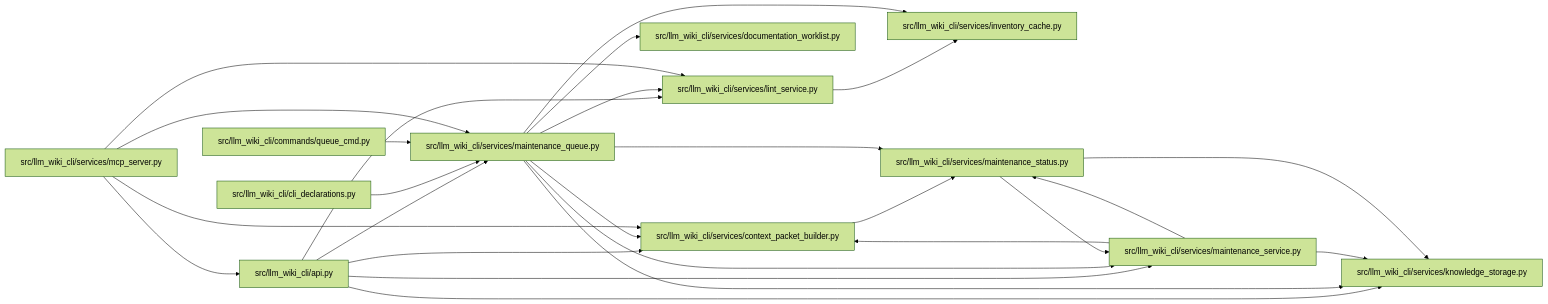
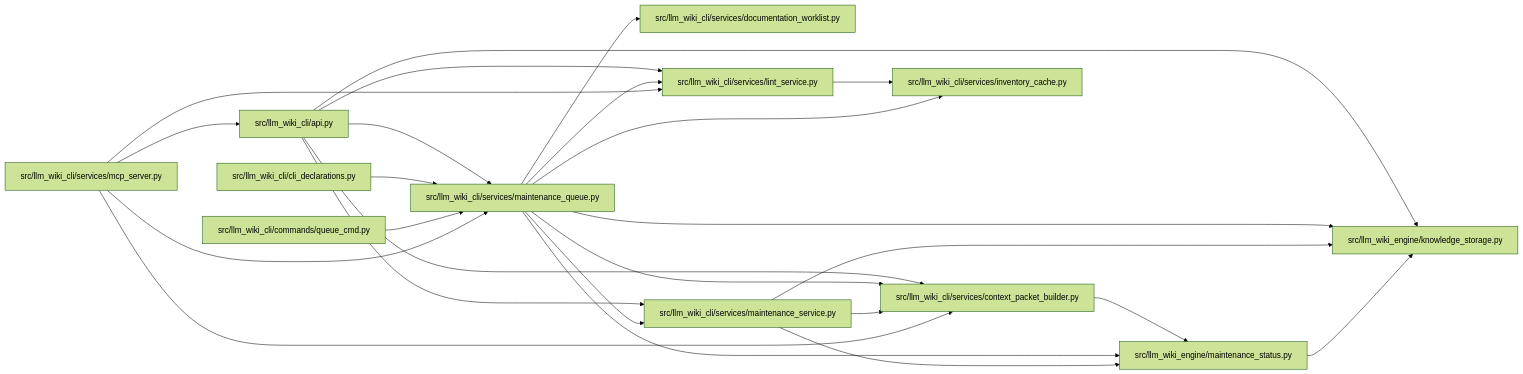
The diagram in docs/llm_wiki/modules/maintenance_queue.md (Denissvgn/python-wiki-llm), drawn with Mermaid (forest theme) before and after one commit. The commit also changed other lines of this file and 1058 other files, not shown here.

First line of the commit message:
docs: refresh the wiki for the knowledge store move

````diff
--- a/docs/llm_wiki/modules/maintenance_queue.md
+++ b/docs/llm_wiki/modules/maintenance_queue.md
@@ -42,52 +42,51 @@
 ```mermaid
 flowchart LR
     n0["src/llm_wiki_cli/api.py"]
     n1["src/llm_wiki_cli/cli_declarations.py"]
     n2["src/llm_wiki_cli/commands/queue_cmd.py"]
     n3["src/llm_wiki_cli/services/context_packet_builder.py"]
     n4["src/llm_wiki_cli/services/documentation_worklist.py"]
     n5["src/llm_wiki_cli/services/inventory_cache.py"]
-    n6["src/llm_wiki_cli/services/knowledge_storage.py"]
-    n7["src/llm_wiki_cli/services/lint_service.py"]
-    n8["src/llm_wiki_cli/services/maintenance_queue.py"]
-    n9["src/llm_wiki_cli/services/maintenance_service.py"]
-    n10["src/llm_wiki_cli/services/maintenance_status.py"]
-    n11["src/llm_wiki_cli/services/mcp_server.py"]
+    n6["src/llm_wiki_cli/services/lint_service.py"]
+    n7["src/llm_wiki_cli/services/maintenance_queue.py"]
+    n8["src/llm_wiki_cli/services/maintenance_service.py"]
+    n9["src/llm_wiki_cli/services/mcp_server.py"]
+    n10["src/llm_wiki_engine/knowledge_storage.py"]
+    n11["src/llm_wiki_engine/maintenance_status.py"]
     n0 --> n3
     n0 --> n6
     n0 --> n7
     n0 --> n8
-    n0 --> n9
-    n1 --> n8
-    n2 --> n8
-    n3 --> n10
+    n0 --> n10
+    n1 --> n7
+    n2 --> n7
+    n3 --> n11
+    n6 --> n5
+    n7 --> n3
+    n7 --> n4
     n7 --> n5
+    n7 --> n6
+    n7 --> n8
+    n7 --> n10
+    n7 --> n11
     n8 --> n3
-    n8 --> n4
-    n8 --> n5
-    n8 --> n6
-    n8 --> n7
-    n8 --> n9
     n8 --> n10
+    n8 --> n11
+    n9 --> n0
     n9 --> n3
     n9 --> n6
-    n9 --> n10
-    n10 --> n6
-    n10 --> n9
-    n11 --> n0
-    n11 --> n3
-    n11 --> n7
-    n11 --> n8
+    n9 --> n7
+    n11 --> n10
     click n0 "../modules/api.md"
     click n1 "../modules/cli_declarations.md"
     click n2 "../modules/queue_cmd.md"
     click n3 "../modules/context_packet_builder.md"
     click n4 "../modules/documentation_worklist.md"
     click n5 "../modules/inventory_cache.md"
-    click n6 "../modules/knowledge_storage.md"
-    click n7 "../modules/lint_service.md"
-    click n8 "../modules/maintenance_queue.md"
-    click n9 "../modules/maintenance_service.md"
-    click n10 "../modules/maintenance_status.md"
-    click n11 "../modules/mcp_server.md"
+    click n6 "../modules/lint_service.md"
+    click n7 "../modules/maintenance_queue.md"
+    click n8 "../modules/maintenance_service.md"
+    click n9 "../modules/mcp_server.md"
+    click n10 "../modules/knowledge_storage.md"
+    click n11 "../modules/maintenance_status.md"
 ```
````
